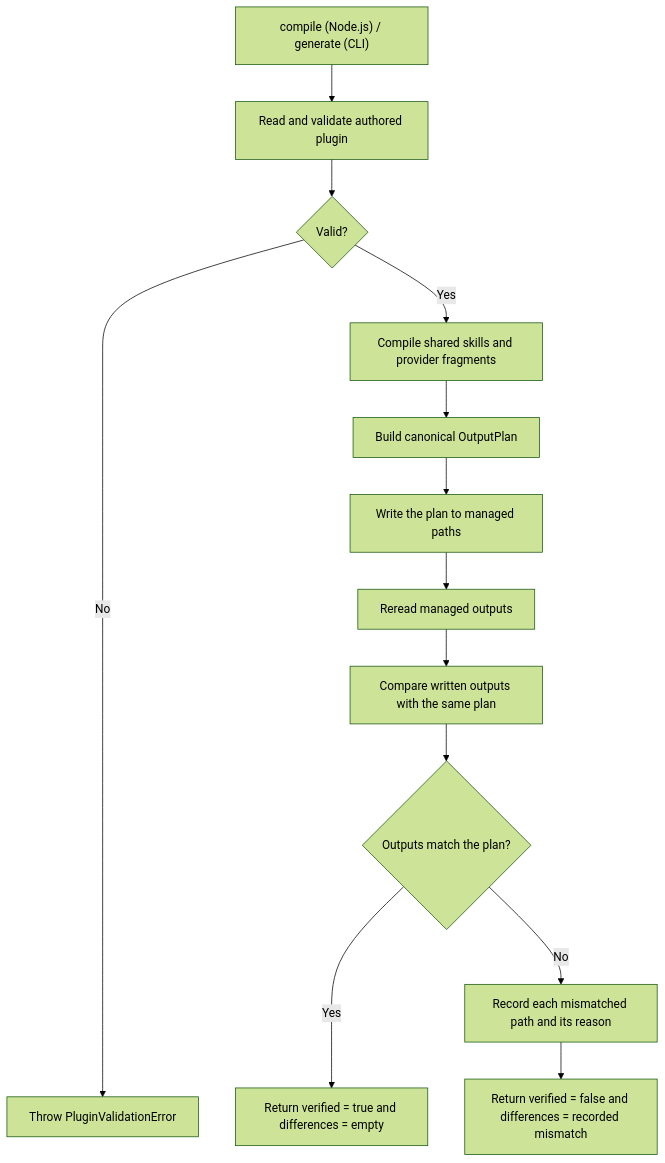
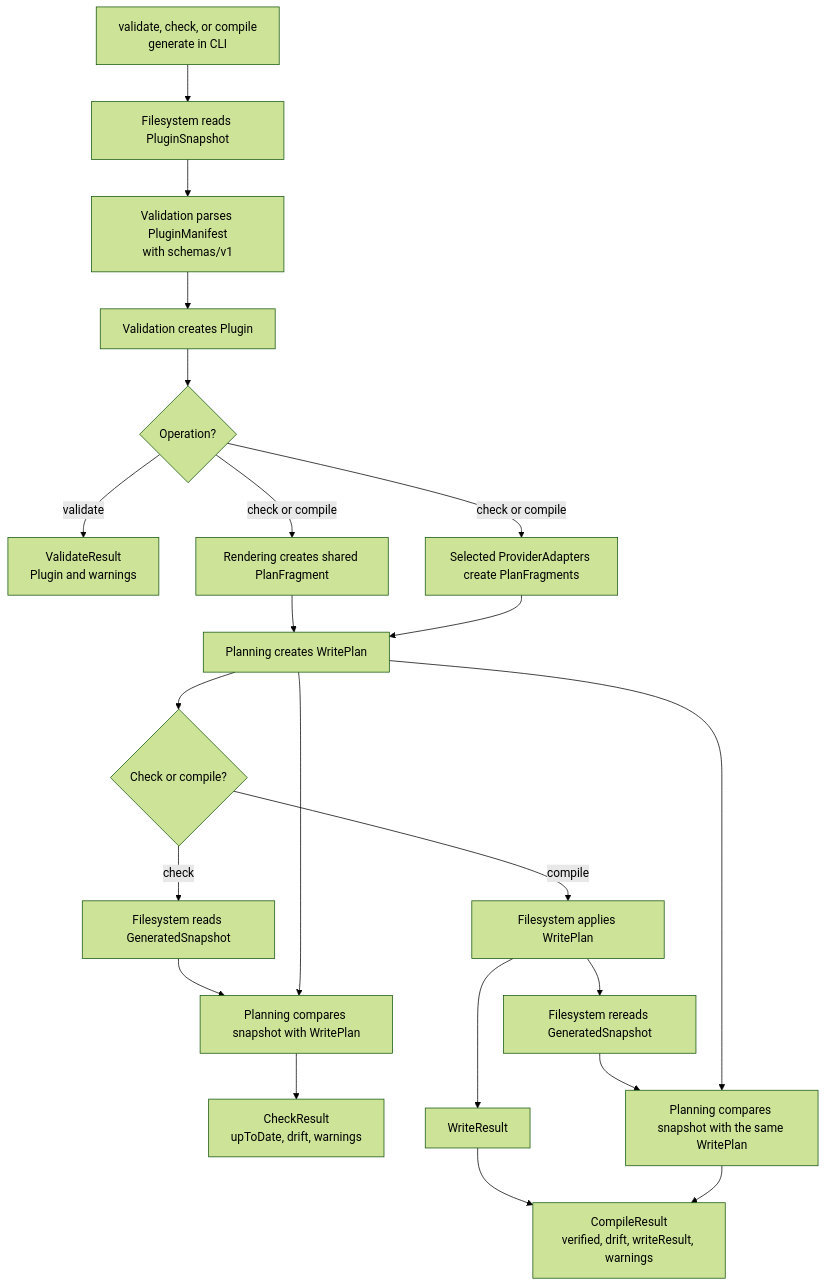
The fifth of 5 diagrams in docs/ARCHITECTURE.md (fam-tung-lam/ptlam-agent-plugin-compiler), drawn with Mermaid (forest theme) before and after one commit. The commit also changed other lines of this file and 122 other files, not shown here.

Commit message:
refactor: align compiler architecture

````diff
--- a/docs/ARCHITECTURE.md
+++ b/docs/ARCHITECTURE.md
@@ -225,29 +254,46 @@
 ```mermaid
 flowchart TB
-  Start["compile (Node.js) / generate (CLI)"]
-  Validate["Read and validate authored plugin"]
-  Valid{"Valid?"}
-  Failure["Throw PluginValidationError"]
-  Compile["Compile shared skills and provider fragments"]
-  Plan["Build canonical OutputPlan"]
-  Write["Write the plan to managed paths"]
-  Read["Reread managed outputs"]
-  Compare["Compare written outputs with the same plan"]
-  Verified{"Outputs match the plan?"}
-  Success["Return verified = true and differences = empty"]
-  Explain["Record each mismatched path and its reason"]
-  Mismatch["Return verified = false and differences = recorded mismatch"]
+  Start["validate, check, or compile<br/>generate in CLI"]
+  Read["Filesystem reads PluginSnapshot"]
+  Parse["Validation parses PluginManifest<br/>with schemas/v1"]
+  Validate["Validation creates Plugin"]
+  Valid{"Operation?"}
+  ValidateResult["ValidateResult<br/>Plugin and warnings"]
 
-  Start --> Validate
+  Shared["Rendering creates shared PlanFragment"]
+  ProviderFragments["Selected ProviderAdapters create PlanFragments"]
+  Plan["Planning creates WritePlan"]
+  Planned{"Check or compile?"}
+
+  CheckRead["Filesystem reads GeneratedSnapshot"]
+  CheckCompare["Planning compares snapshot with WritePlan"]
+  CheckResult["CheckResult<br/>upToDate, drift, warnings"]
+
+  Write["Filesystem applies WritePlan"]
+  WriteResult["WriteResult"]
+  Reread["Filesystem rereads GeneratedSnapshot"]
+  Verify["Planning compares snapshot with the same WritePlan"]
+  CompileResult["CompileResult<br/>verified, drift, writeResult, warnings"]
+
+  Start --> Read
+  Read --> Parse
+  Parse --> Validate
   Validate --> Valid
-  Valid --------->|"No"| Failure
-  Valid -->|"Yes"| Compile
-  Compile --> Plan
-  Plan --> Write
-  Write --> Read
-  Read --> Compare
-  Compare --> Verified
-  Verified --->|"Yes"| Success
-  Verified -->|"No"| Explain
-  Explain --> Mismatch
+  Valid -->|"validate"| ValidateResult
+  Valid -->|"check or compile"| Shared
+  Valid -->|"check or compile"| ProviderFragments
+  Shared --> Plan
+  ProviderFragments --> Plan
+  Plan --> Planned
+  Planned -->|"check"| CheckRead
+  CheckRead --> CheckCompare
+  Plan --> CheckCompare
+  CheckCompare --> CheckResult
+  Planned -->|"compile"| Write
+  Write --> WriteResult
+  Write --> Reread
+  Reread --> Verify
+  Plan --> Verify
+  WriteResult --> CompileResult
+  Verify --> CompileResult
 ```
````
